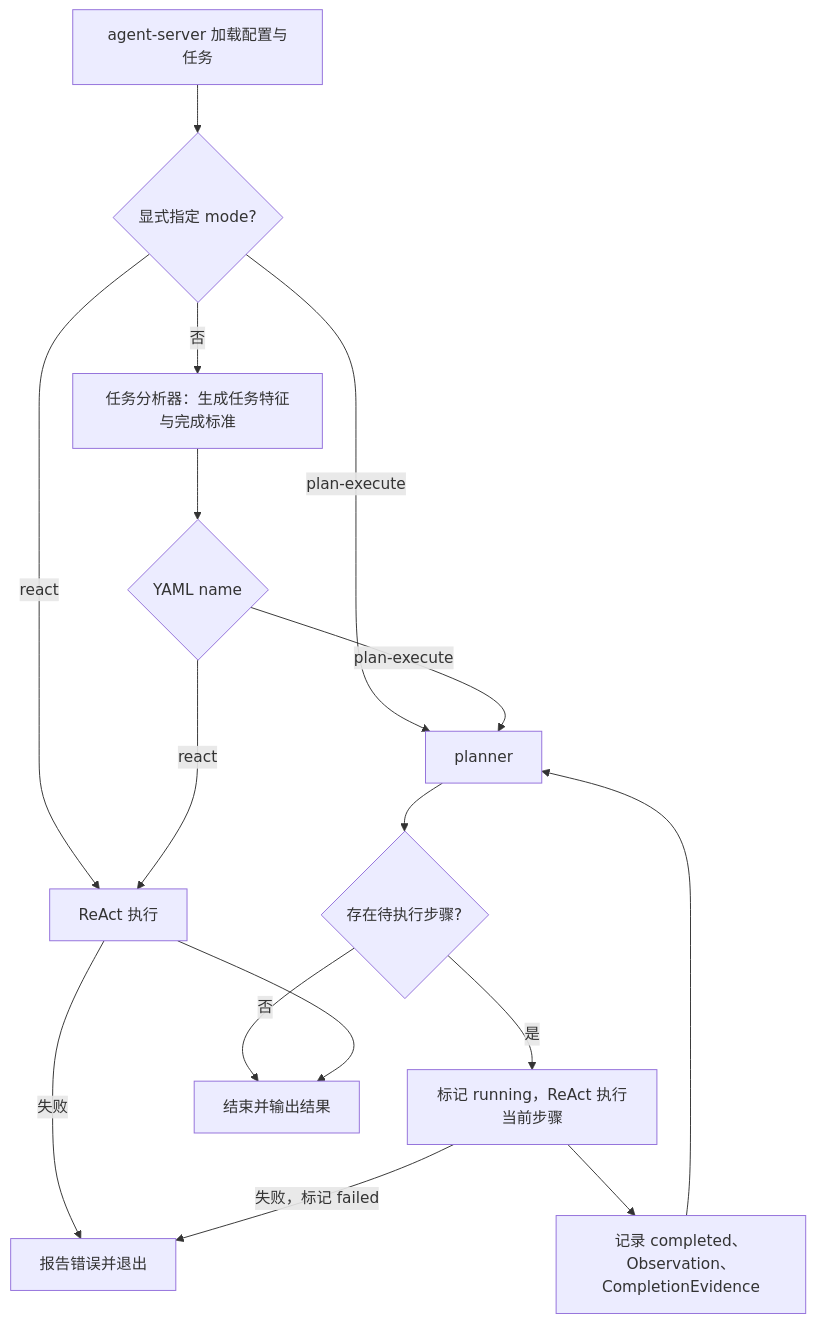
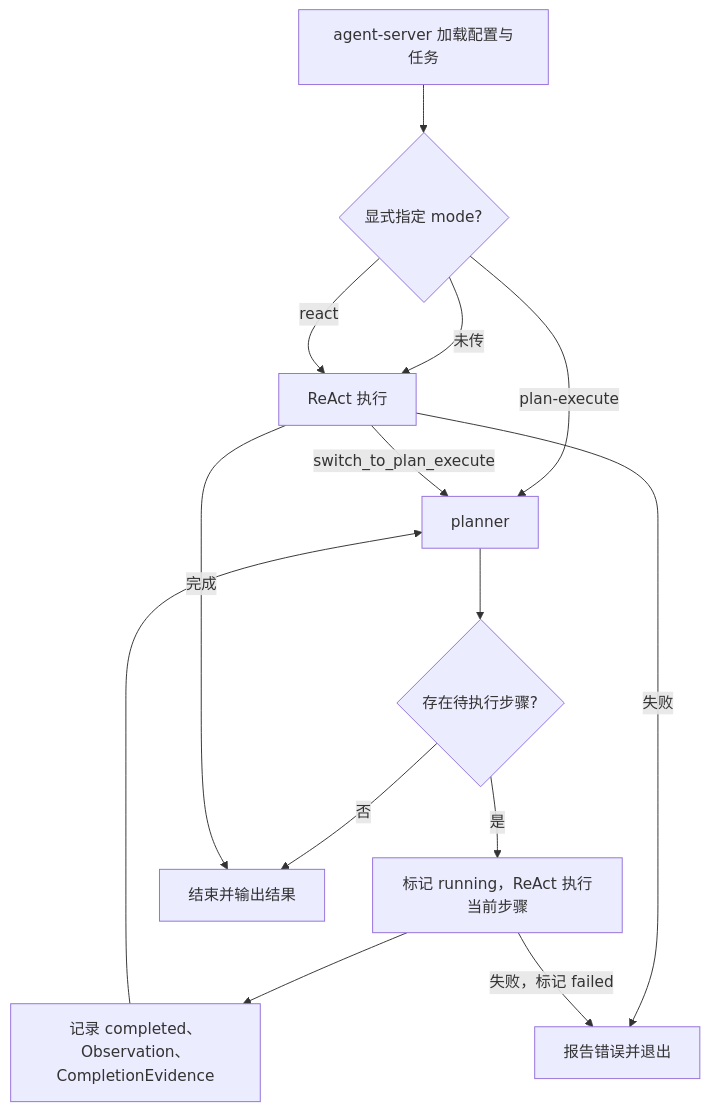
Before and after one commit to collie-agent/codex-go: the first of 2 diagrams in README.md, drawn with Mermaid. The commit also changed other lines of this file and 31 other files, not shown here.

Commit message:
Add runtime switch to plan execution

````diff
--- a/README.md
+++ b/README.md
@@ -114,18 +113,16 @@
 ```mermaid
 flowchart TD
     A[agent-server 加载配置与任务] --> B{显式指定 mode?}
-    B -->|否| C[任务分析器：生成任务特征与完成标准]
+    B -->|未传| R[ReAct 执行]
     B -->|react| R[ReAct 执行]
     B -->|plan-execute| P[planner]
-    C --> D{YAML name}
-    D -->|react| R
-    D -->|plan-execute| P
     P --> E{存在待执行步骤?}
     E -->|是| S[标记 running，ReAct 执行当前步骤]
     S --> T[记录 completed、Observation、CompletionEvidence]
     T --> P
     E -->|否| F[结束并输出结果]
-    R --> F
+    R -->|完成| F
+    R -->|switch_to_plan_execute| P
     R -->|失败| X[报告错误并退出]
     S -->|失败，标记 failed| X
 ```
````
